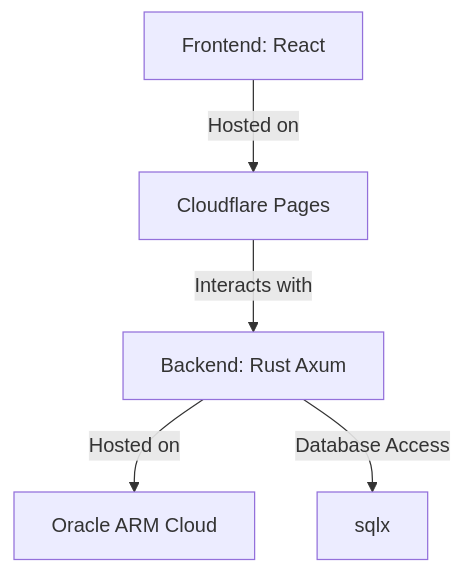
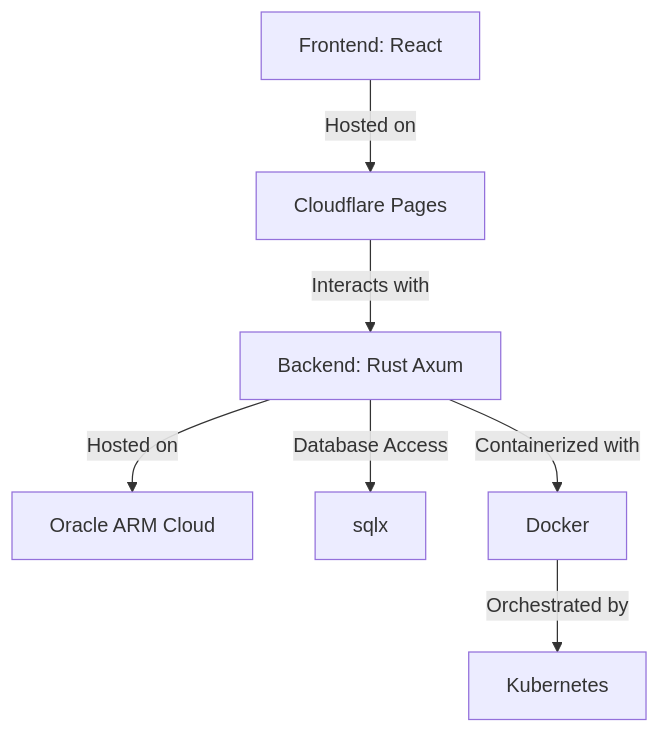
Before and after one commit to investutil/investutil-principal: the diagram in README.md, drawn with Mermaid. The commit also changed other lines of this file, not shown here.

````diff
--- a/README.md
+++ b/README.md
@@ -60,7 +100,9 @@
 ```mermaid
 graph TD;
     A[Frontend: React] -->|Hosted on| B[Cloudflare Pages]
     B -->|Interacts with| C[Backend: Rust Axum]
     C -->|Hosted on| D[Oracle ARM Cloud]
     C -->|Database Access| E[sqlx]
+    C -->|Containerized with| F[Docker]
+    F -->|Orchestrated by| G[Kubernetes]
 ```
````
